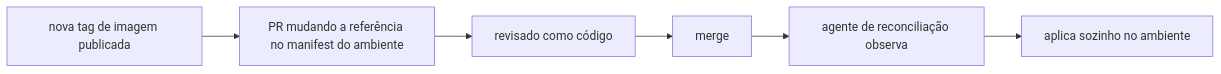
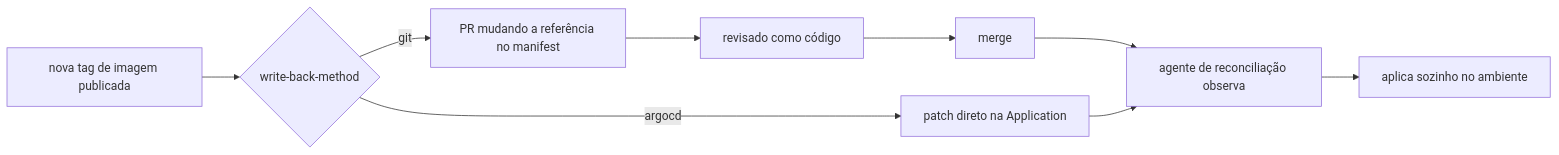
Before and after one commit to ladesa-ro/infrastructure: the third of 4 diagrams in docs/aprender/promocao-entre-ambientes.md, drawn with Mermaid. The commit also changed other lines of this file and 3 other files, not shown here.

````diff
--- a/docs/aprender/promocao-entre-ambientes.md
+++ b/docs/aprender/promocao-entre-ambientes.md
@@ -60,8 +64,10 @@
 ```mermaid
 flowchart LR
-    Tag[nova tag de imagem publicada] --> PR[PR mudando a referência no manifest do ambiente]
-    PR --> Revisao[revisado como código]
-    Revisao --> Merge[merge]
+    Tag[nova tag de imagem publicada] --> Escolha{write-back-method}
+    Escolha -->|git| PR[PR mudando a referência no manifest]
+    PR --> Revisao[revisado como código] --> Merge[merge]
+    Escolha -->|argocd| Patch[patch direto na Application]
     Merge --> Agente[agente de reconciliação observa]
+    Patch --> Agente
     Agente --> Ambiente[aplica sozinho no ambiente]
 ```
````
